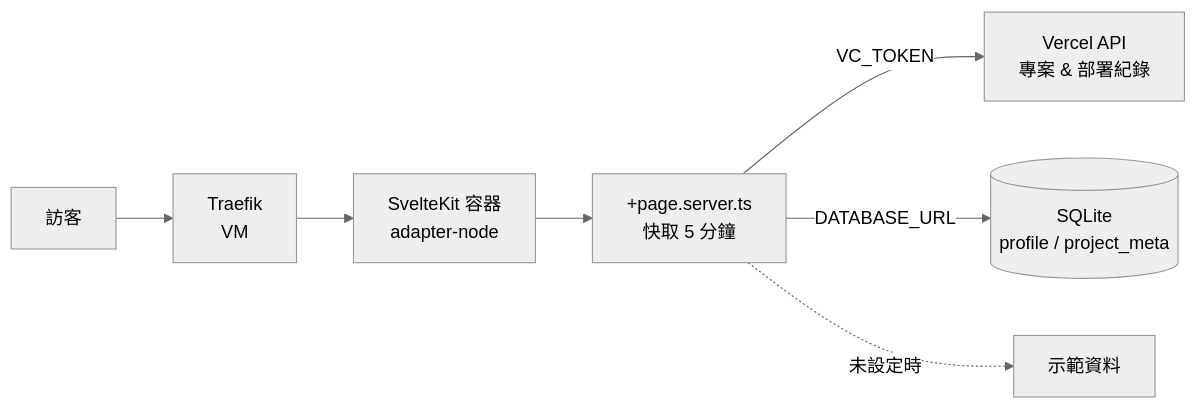
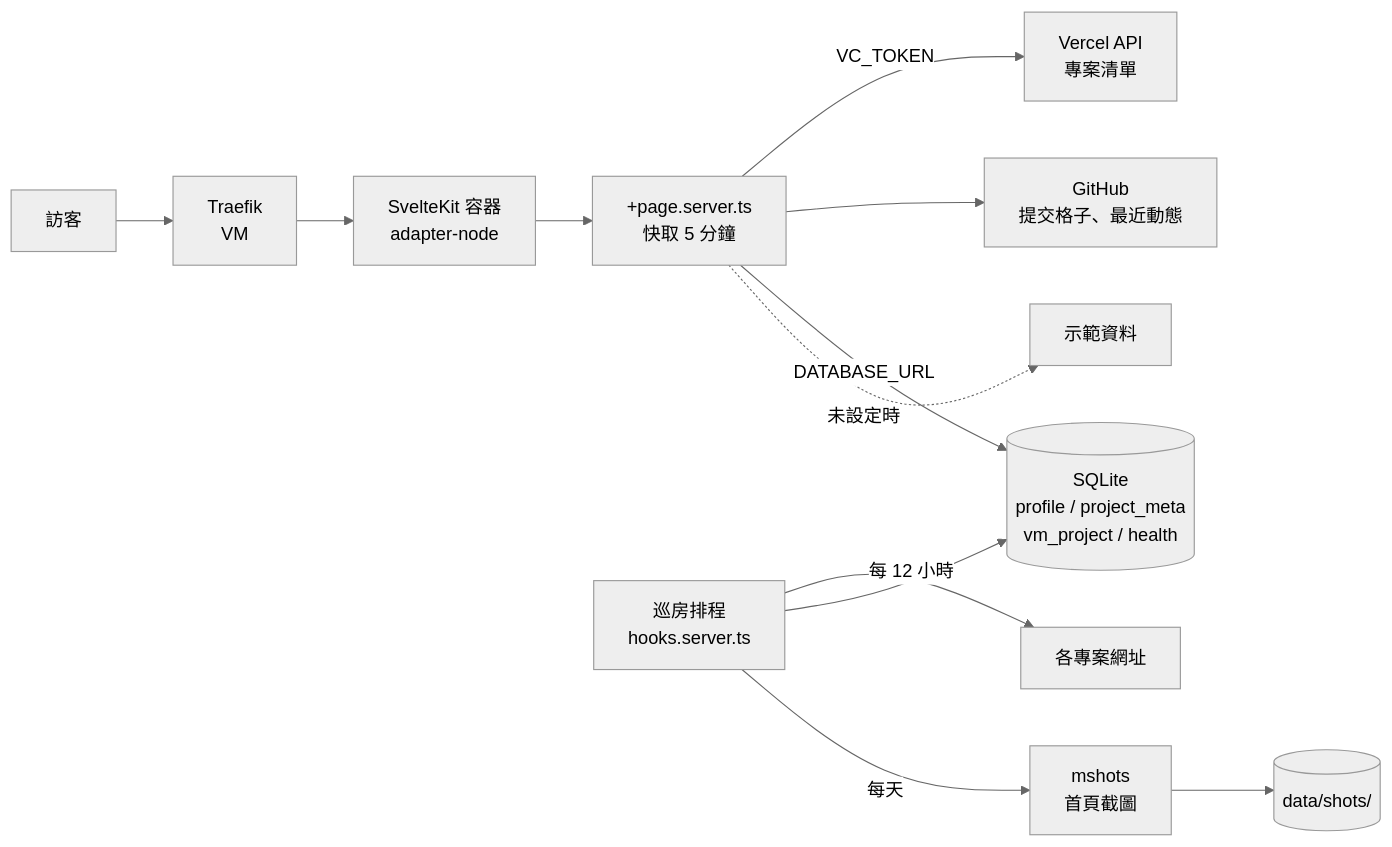
One commit to doraeyi/doraeyi.com changed the diagram in README.md. Above: the diagram before and after it, drawn with Mermaid (neutral theme). The commit also changed other lines of this file, not shown here.

Commit message:
docs: README 補上 3D 房間、巡房規則、QR code、首頁截圖跟新的資料表

````diff
--- a/README.md
+++ b/README.md
@@ -32,8 +37,12 @@
 ```mermaid
 flowchart LR
     Visitor["訪客"] --> Traefik["Traefik<br/>VM"] --> Page["SvelteKit 容器<br/>adapter-node"]
     Page --> Load["+page.server.ts<br/>快取 5 分鐘"]
-    Load -- "VC_TOKEN" --> VercelAPI["Vercel API<br/>專案 & 部署紀錄"]
-    Load -- "DATABASE_URL" --> DB[("SQLite<br/>profile / project_meta")]
+    Load -- "VC_TOKEN" --> VercelAPI["Vercel API<br/>專案清單"]
+    Load --> GitHub["GitHub<br/>提交格子、最近動態"]
+    Load -- "DATABASE_URL" --> DB[("SQLite<br/>profile / project_meta<br/>vm_project / health")]
+    Patrol["巡房排程<br/>hooks.server.ts"] -- "每 12 小時" --> Sites["各專案網址"]
+    Patrol --> DB
+    Patrol -- "每天" --> Shots["mshots<br/>首頁截圖"] --> Files[("data/shots/")]
     Load -. 未設定時 .-> Fallback["示範資料"]
 ```
````
